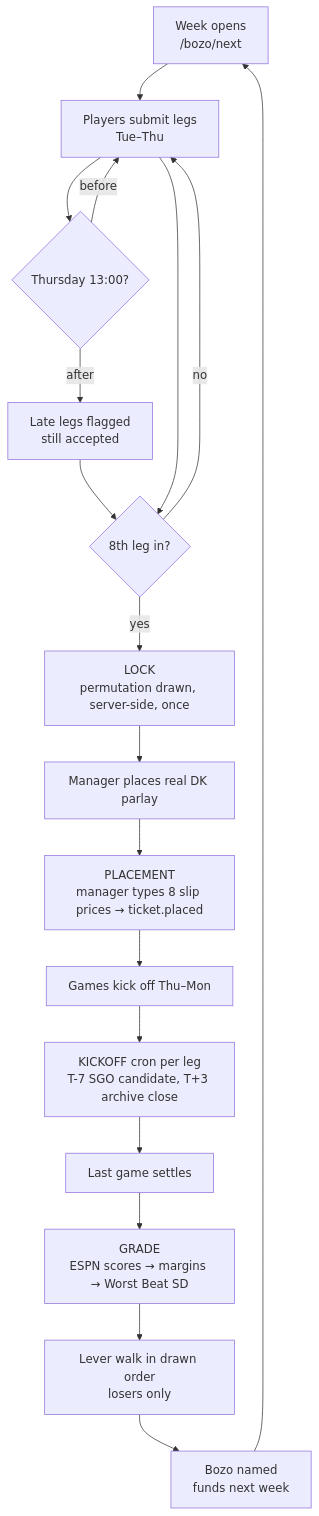
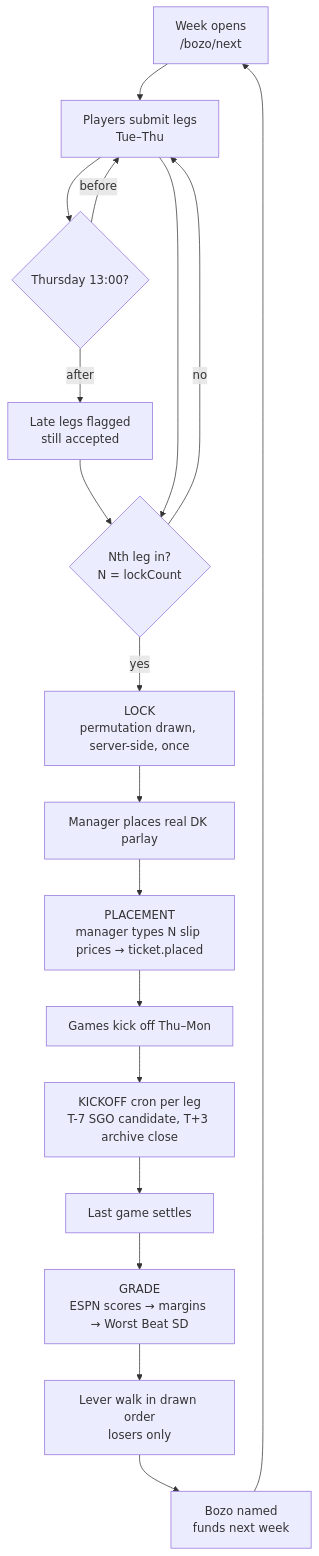
One commit to JKapcar/data-dawgs changed the fourth of 11 diagrams in docs/bozo-workplan.md. Above: the diagram before and after it, drawn with Mermaid. The commit also changed other lines of this file, not shown here.

````diff
--- a/docs/bozo-workplan.md
+++ b/docs/bozo-workplan.md
@@ -199,20 +207,20 @@
 ```mermaid
 flowchart TD
   A[Week opens<br/>/bozo/next] --> B[Players submit legs<br/>Tue–Thu]
   B --> C{Thursday 13:00?}
   C -- before --> B
   C -- after --> D[Late legs flagged<br/>still accepted]
-  D --> E{8th leg in?}
+  D --> E{Nth leg in?<br/>N = lockCount}
   B --> E
   E -- no --> B
   E -- yes --> F[LOCK<br/>permutation drawn, server-side, once]
   F --> G[Manager places real DK parlay]
-  G --> H[PLACEMENT<br/>manager types 8 slip prices → ticket.placed]
+  G --> H[PLACEMENT<br/>manager types N slip prices → ticket.placed]
   H --> I[Games kick off Thu–Mon]
   I --> J[KICKOFF cron per leg<br/>T-7 SGO candidate, T+3 archive close]
   J --> K[Last game settles]
   K --> L[GRADE<br/>ESPN scores → margins → Worst Beat SD]
   L --> M[Lever walk in drawn order<br/>losers only]
   M --> N[Bozo named<br/>funds next week]
   N --> A
 ```
````
